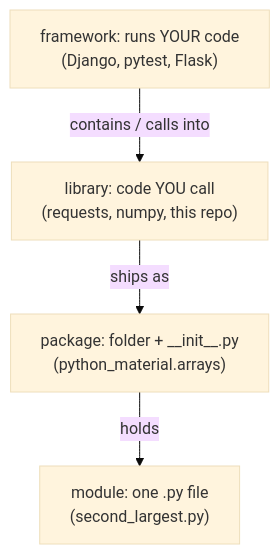
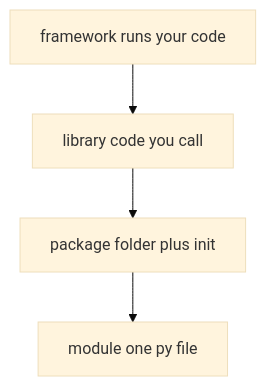
One commit to AslamNazeerShaikh/Python-Material changed the first of 5 diagrams in docs/learning/01-modules-packages.md. Above: the diagram before and after it, drawn with Mermaid (base theme). The commit also changed other lines of this file and 16 other files, not shown here.

Commit message:
docs(learning): rebuild all mermaid in safe subset

````diff
--- a/docs/learning/01-modules-packages.md
+++ b/docs/learning/01-modules-packages.md
@@ -188,10 +188,10 @@
 ```mermaid
-graph TD
-    F["framework: runs YOUR code<br/>(Django, pytest, Flask)"]
-    L["library: code YOU call<br/>(requests, numpy, this repo)"]
-    P["package: folder + __init__.py<br/>(python_material.arrays)"]
-    M["module: one .py file<br/>(second_largest.py)"]
-    F -->|"contains / calls into"| L
-    L -->|"ships as"| P
-    P -->|"holds"| M
+flowchart TD
+    F[framework runs your code]
+    L[library code you call]
+    P[package folder plus init]
+    M[module one py file]
+    F --> L
+    L --> P
+    P --> M
 ```
````
